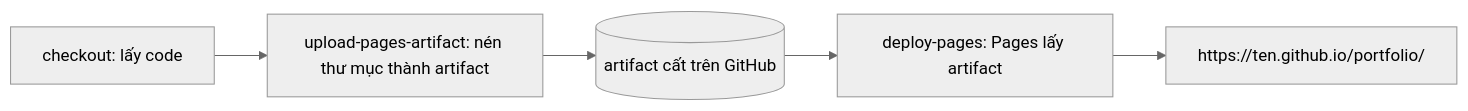
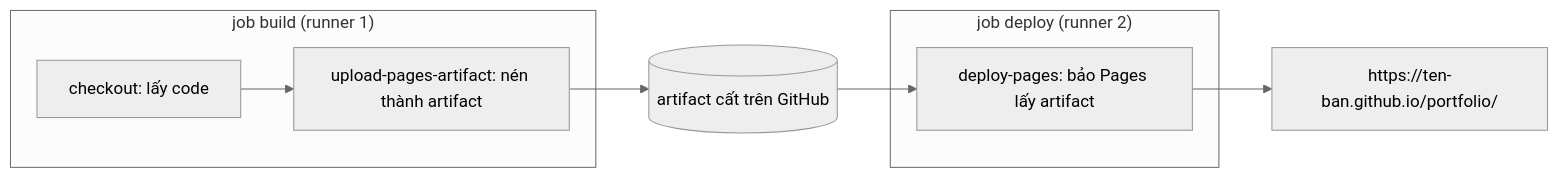
Before and after one commit to hcmute-dsc/learning-hub-track-github-actions-basics: the diagram in tracks/github-actions-basics/modules/02-deploy-pages/lessons/01-pages-workflow.md, drawn with Mermaid (neutral theme). The commit also changed other lines of this file and 25 other files, not shown here.

````diff
--- a/tracks/github-actions-basics/modules/02-deploy-pages/lessons/01-pages-workflow.md
+++ b/tracks/github-actions-basics/modules/02-deploy-pages/lessons/01-pages-workflow.md
@@ -28,7 +28,12 @@
 ```mermaid
 flowchart LR
-  C["checkout: lấy code"] --> U["upload-pages-artifact: nén thư mục thành artifact"]
+  subgraph B["job build (runner 1)"]
+    C["checkout: lấy code"] --> U["upload-pages-artifact: nén thành artifact"]
+  end
   U --> A[("artifact cất trên GitHub")]
-  A --> D["deploy-pages: Pages lấy artifact"]
-  D --> S["https://ten.github.io/portfolio/"]
+  subgraph D["job deploy (runner 2)"]
+    P["deploy-pages: bảo Pages lấy artifact"]
+  end
+  A --> P
+  P --> S["https://ten-ban.github.io/portfolio/"]
 ```
````
